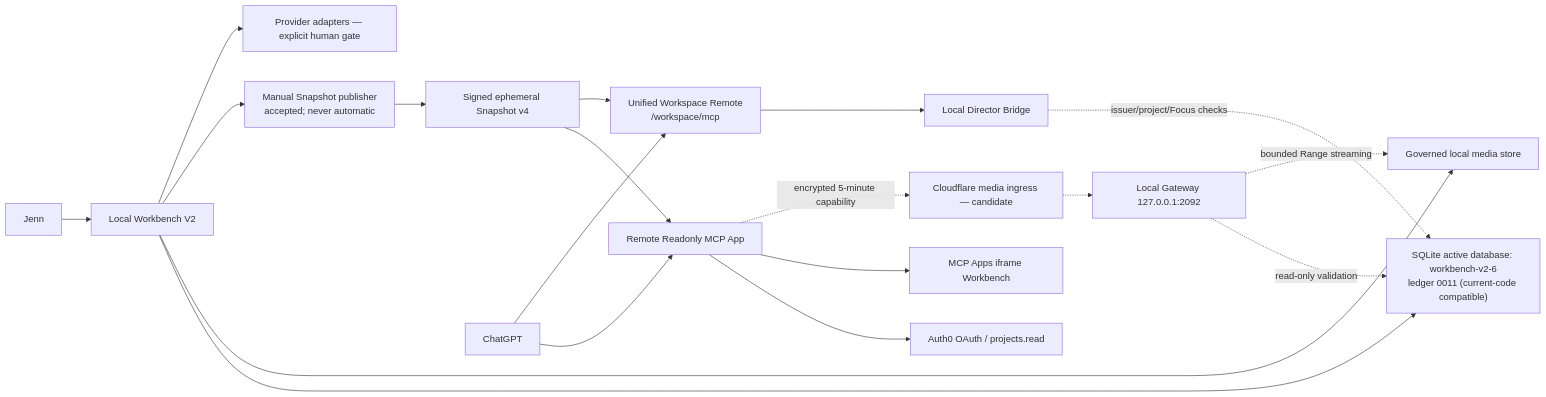
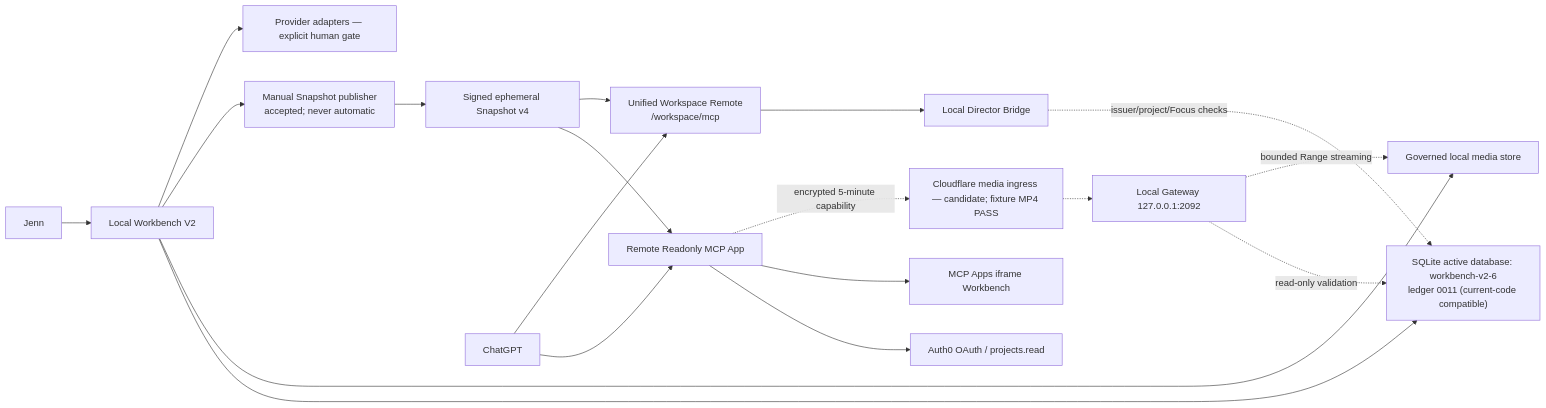
Before and after one commit to JENN2046/AI-Video-Production-Local-Bridge: the diagram in docs/ARCHITECTURE.md, drawn with Mermaid. The commit also changed other lines of this file and 8 other files, not shown here.

````diff
--- a/docs/ARCHITECTURE.md
+++ b/docs/ARCHITECTURE.md
@@ -8,21 +8,21 @@
 ```mermaid
 flowchart LR
     J["Jenn"] --> W["Local Workbench V2"]
     W --> DB["SQLite active database: workbench-v2-6\nledger 0011 (current-code compatible)"]
     W --> FS["Governed local media store"]
     W --> PA["Manual Snapshot publisher\naccepted; never automatic"]
     PA --> SS["Signed ephemeral Snapshot v4"]
     SS --> RM["Remote Readonly MCP App"]
     C["ChatGPT"] --> RM
     RM --> AU["Auth0 OAuth / projects.read"]
     RM --> UI["MCP Apps iframe Workbench"]
     C --> UW["Unified Workspace Remote\n/workspace/mcp"]
     SS --> UW
     UW --> DBR["Local Director Bridge"]
     DBR -. "issuer/project/Focus checks" .-> DB
-    RM -. "encrypted 5-minute capability" .-> CF["Cloudflare media ingress — candidate"]
+    RM -. "encrypted 5-minute capability" .-> CF["Cloudflare media ingress — candidate; fixture MP4 PASS"]
     CF -.-> GW["Local Gateway 127.0.0.1:2092"]
     GW -. "read-only validation" .-> DB
     GW -. "bounded Range streaming" .-> FS
     W --> PR["Provider adapters — explicit human gate"]
 ```
````
